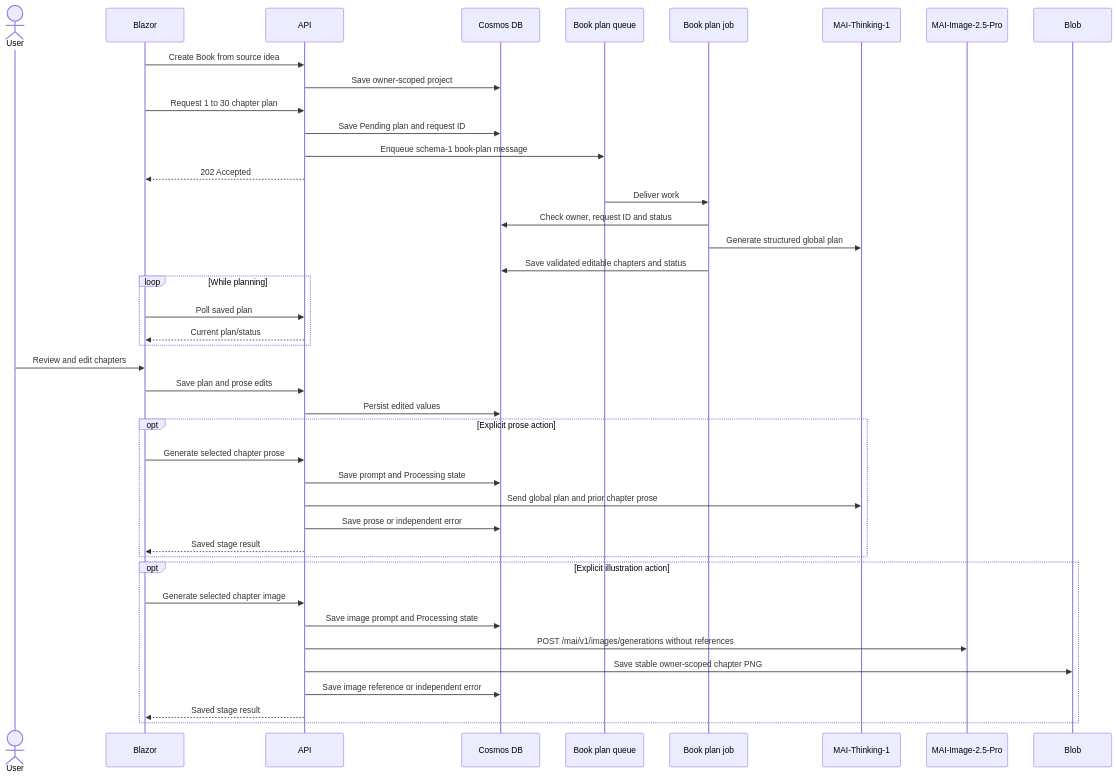
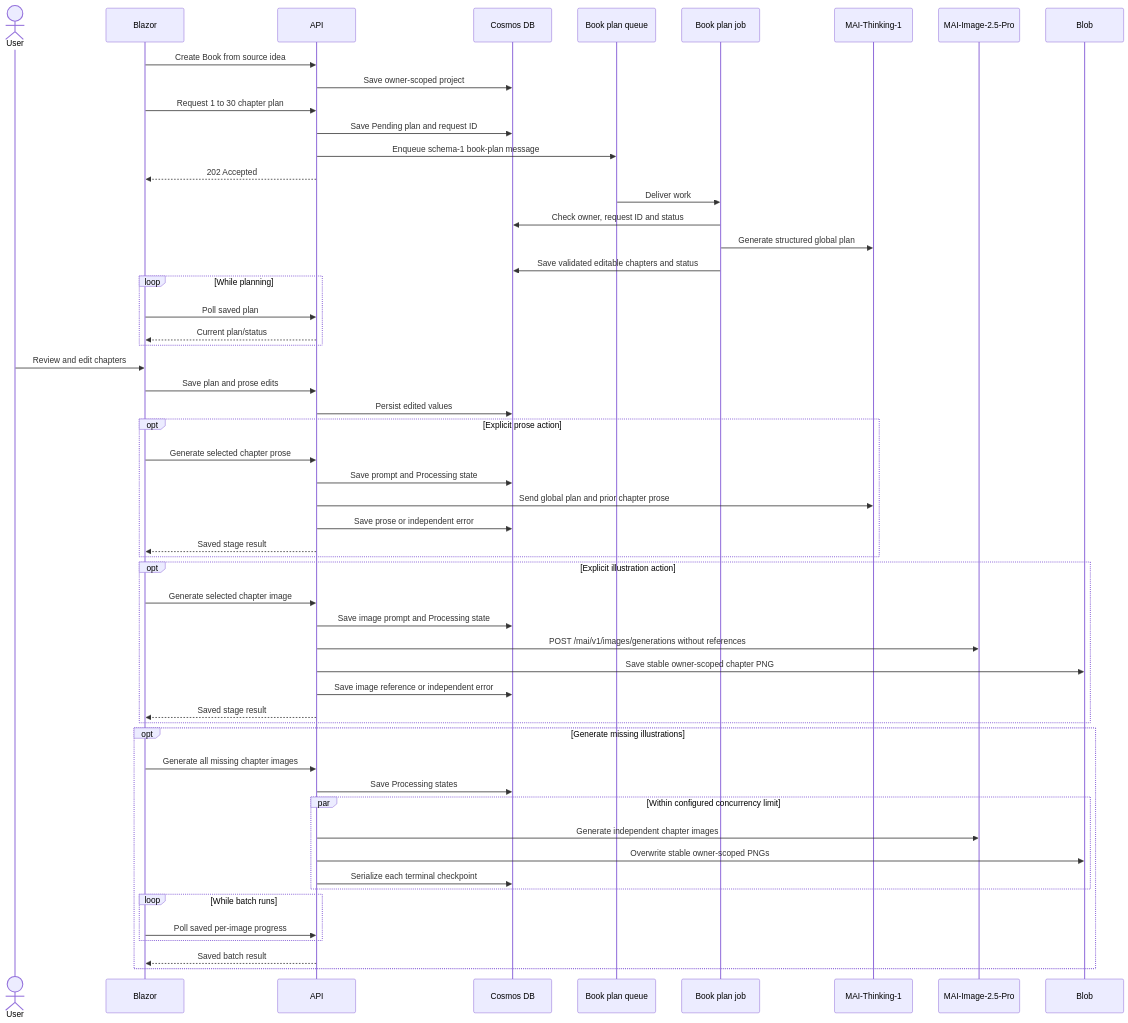
Before and after one commit to mathieumack/foundry-comics-mai: the third of 3 diagrams in docs/architecture.md, drawn with Mermaid. The commit also changed other lines of this file and 60 other files, not shown here.

First line of the commit message:
Generate comic and book images with bounded parallelism (#56)

````diff
--- a/docs/architecture.md
+++ b/docs/architecture.md
@@ -159,44 +188,57 @@
 ```mermaid
 sequenceDiagram
     actor User
     participant Web as Blazor
     participant API
     participant DB as Cosmos DB
     participant Queue as Book plan queue
     participant Job as Book plan job
     participant Text as MAI-Thinking-1
     participant Image as MAI-Image-2.5-Pro
     participant Blob
     Web->>API: Create Book from source idea
     API->>DB: Save owner-scoped project
     Web->>API: Request 1 to 30 chapter plan
     API->>DB: Save Pending plan and request ID
     API->>Queue: Enqueue schema-1 book-plan message
     API-->>Web: 202 Accepted
     Queue->>Job: Deliver work
     Job->>DB: Check owner, request ID and status
     Job->>Text: Generate structured global plan
     Job->>DB: Save validated editable chapters and status
     loop While planning
         Web->>API: Poll saved plan
         API-->>Web: Current plan/status
     end
     User->>Web: Review and edit chapters
     Web->>API: Save plan and prose edits
     API->>DB: Persist edited values
     opt Explicit prose action
         Web->>API: Generate selected chapter prose
         API->>DB: Save prompt and Processing state
         API->>Text: Send global plan and prior chapter prose
         API->>DB: Save prose or independent error
         API-->>Web: Saved stage result
     end
     opt Explicit illustration action
         Web->>API: Generate selected chapter image
         API->>DB: Save image prompt and Processing state
         API->>Image: POST /mai/v1/images/generations without references
         API->>Blob: Save stable owner-scoped chapter PNG
         API->>DB: Save image reference or independent error
         API-->>Web: Saved stage result
     end
+    opt Generate missing illustrations
+        Web->>API: Generate all missing chapter images
+        API->>DB: Save Processing states
+        par Within configured concurrency limit
+            API->>Image: Generate independent chapter images
+            API->>Blob: Overwrite stable owner-scoped PNGs
+            API->>DB: Serialize each terminal checkpoint
+        end
+        loop While batch runs
+            Web->>API: Poll saved per-image progress
+        end
+        API-->>Web: Saved batch result
+    end
 ```
````
